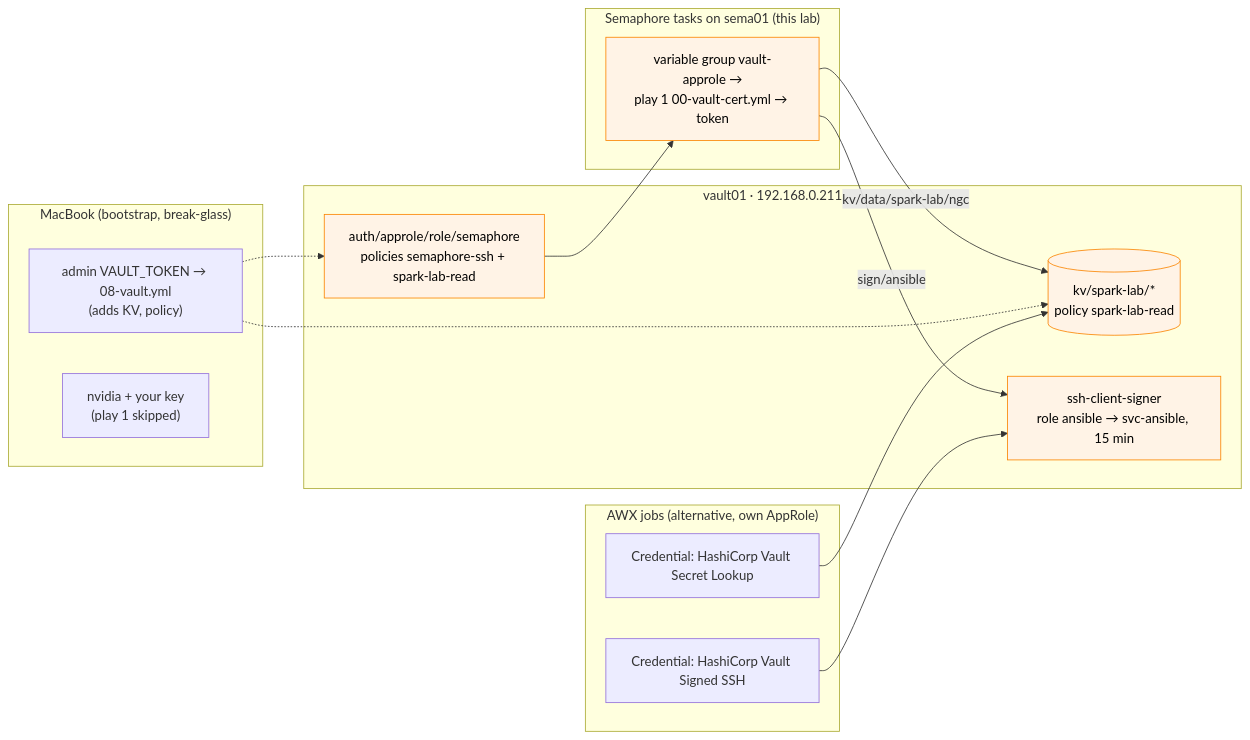
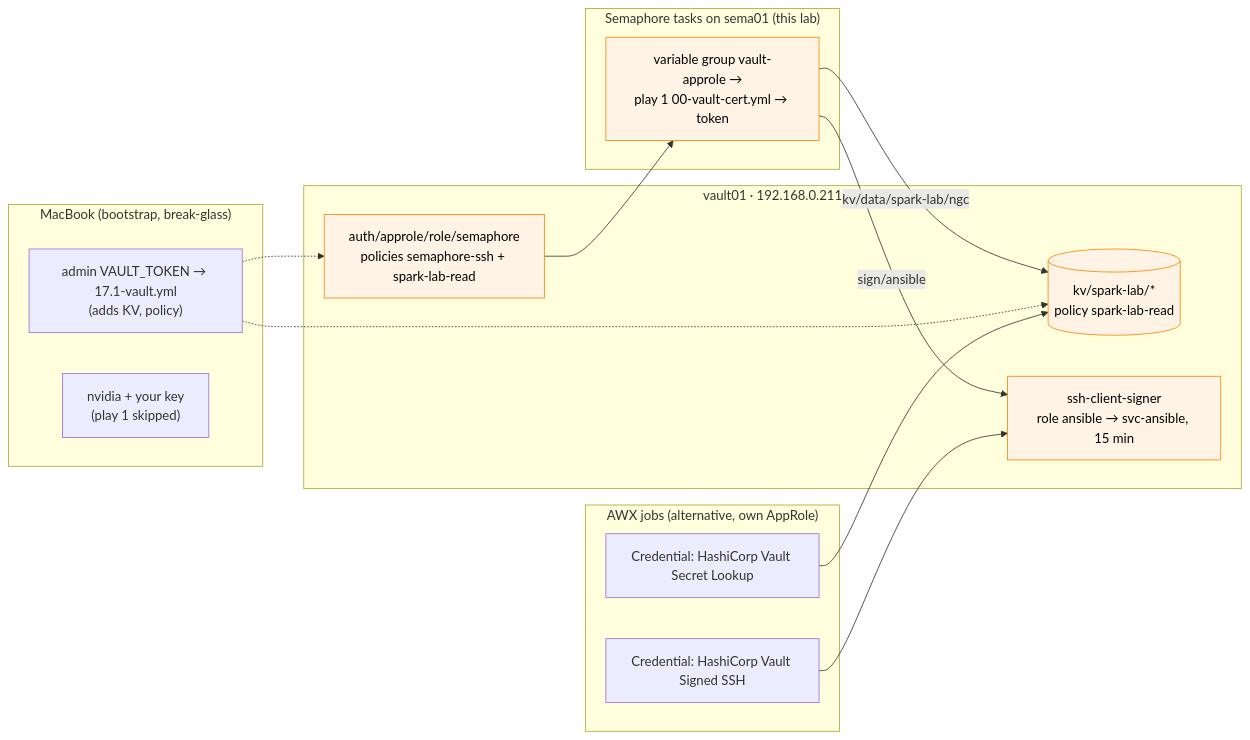
One commit to cloudone365/technical-depth changed the third of 3 diagrams in 01-Ansible/README.md. Above: the diagram before and after it, drawn with Mermaid. The commit also changed other lines of this file and 242 other files, not shown here.

````diff
--- a/01-Ansible/README.md
+++ b/01-Ansible/README.md
@@ -196,27 +209,27 @@
 ```mermaid
 flowchart LR
   subgraph V["vault01 · 192.168.0.211"]
     KV[(kv/spark-lab/*<br/>policy spark-lab-read)]
     SSH["ssh-client-signer<br/>role ansible → svc-ansible, 15 min"]
     AR["auth/approle/role/semaphore<br/>policies semaphore-ssh + spark-lab-read"]
   end
   subgraph SEMA["Semaphore tasks on sema01 (this lab)"]
     P1["variable group vault-approle →<br/>play 1 00-vault-cert.yml → token"]
   end
   subgraph MAC["MacBook (bootstrap, break-glass)"]
-    ADM["admin VAULT_TOKEN → 08-vault.yml<br/>(adds KV, policy)"]
+    ADM["admin VAULT_TOKEN → 17.1-vault.yml<br/>(adds KV, policy)"]
     BG["nvidia + your key<br/>(play 1 skipped)"]
   end
   subgraph AWX["AWX jobs (alternative, own AppRole)"]
     C1["Credential: HashiCorp Vault Secret Lookup"]
     C2["Credential: HashiCorp Vault Signed SSH"]
   end
   AR --> P1
   P1 -->|"sign/ansible"| SSH
   P1 -->|"kv/data/spark-lab/ngc"| KV
   ADM -.-> KV & AR
   C1 --> KV
   C2 --> SSH
   classDef mgmt fill:#fff3e6,stroke:#fb8500,color:#000
   class P1,SSH,AR,KV mgmt
 ```
````
